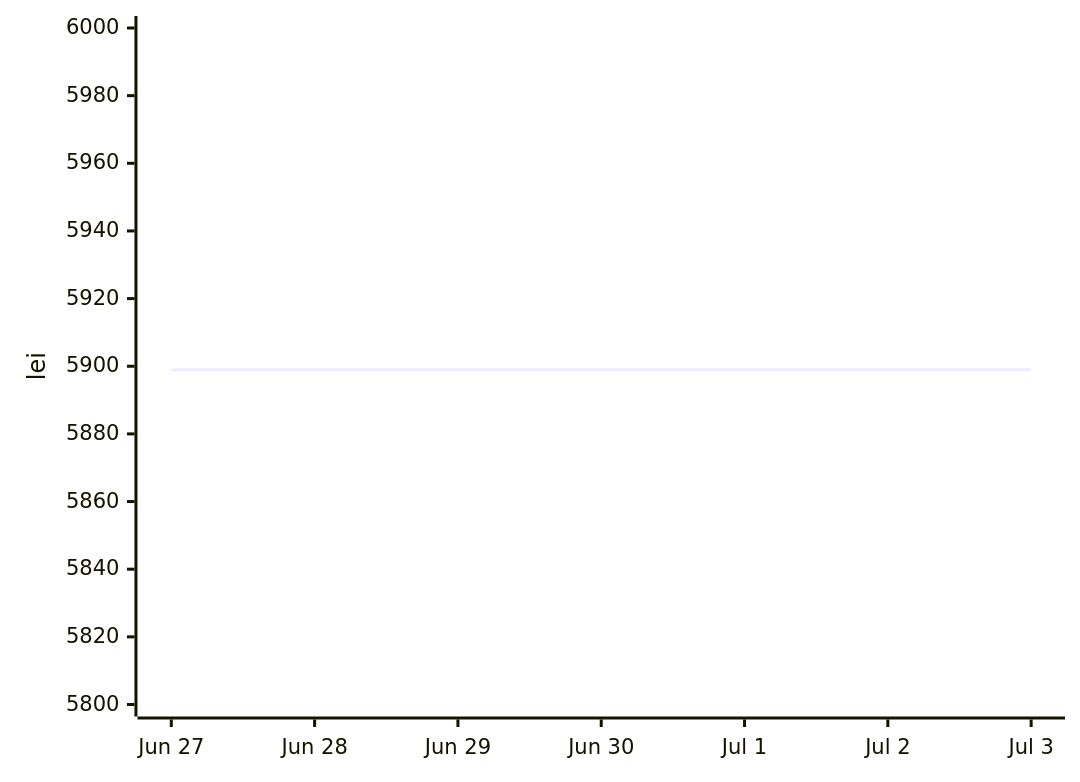
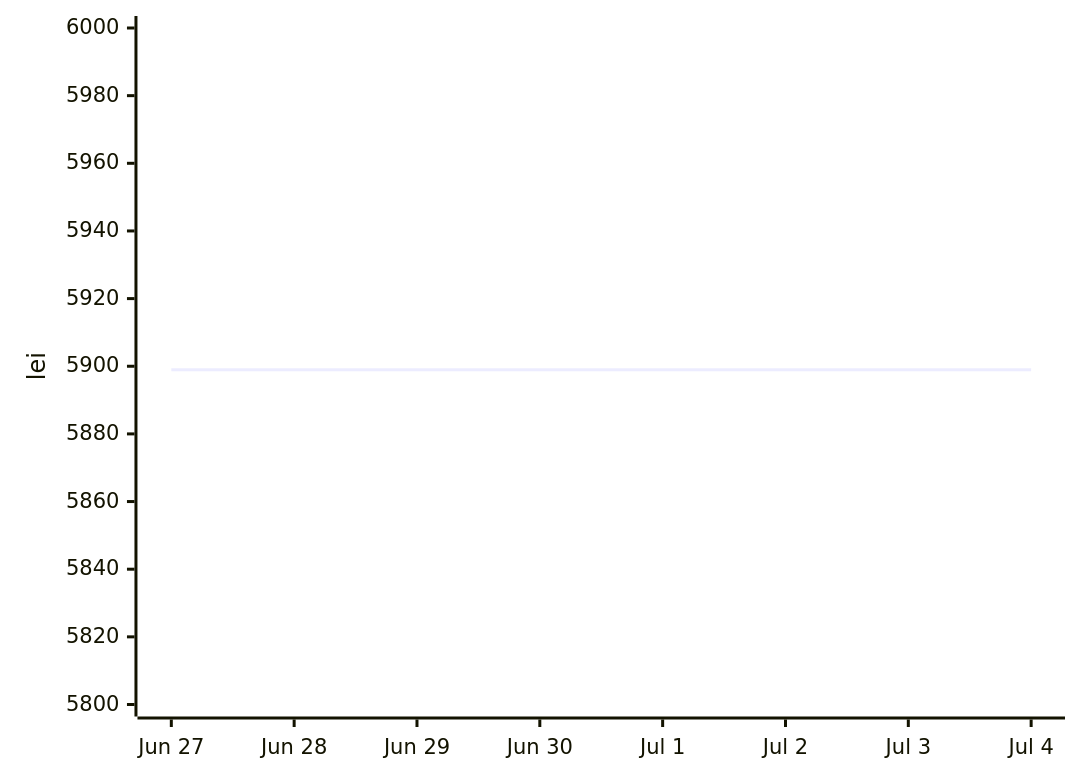
The second of 2 diagrams in README.md (anagheioan/laptop-price-monitor), drawn with Mermaid before and after one commit. The commit also changed other lines of this file and 1 other file, not shown here.

Commit message:
Price check 2026-07-04

````diff
--- a/README.md
+++ b/README.md
@@ -29,6 +29,6 @@
 ```mermaid
 xychart-beta
-    x-axis ["Jun 27", "Jun 28", "Jun 29", "Jun 30", "Jul 1", "Jul 2", "Jul 3"]
+    x-axis ["Jun 27", "Jun 28", "Jun 29", "Jun 30", "Jul 1", "Jul 2", "Jul 3", "Jul 4"]
     y-axis "lei" 5800 --> 6000
-    line [5899.0, 5899.0, 5899.0, 5899.0, 5899.0, 5899.0, 5899.0]
+    line [5899.0, 5899.0, 5899.0, 5899.0, 5899.0, 5899.0, 5899.0, 5899.0]
 ```
````
